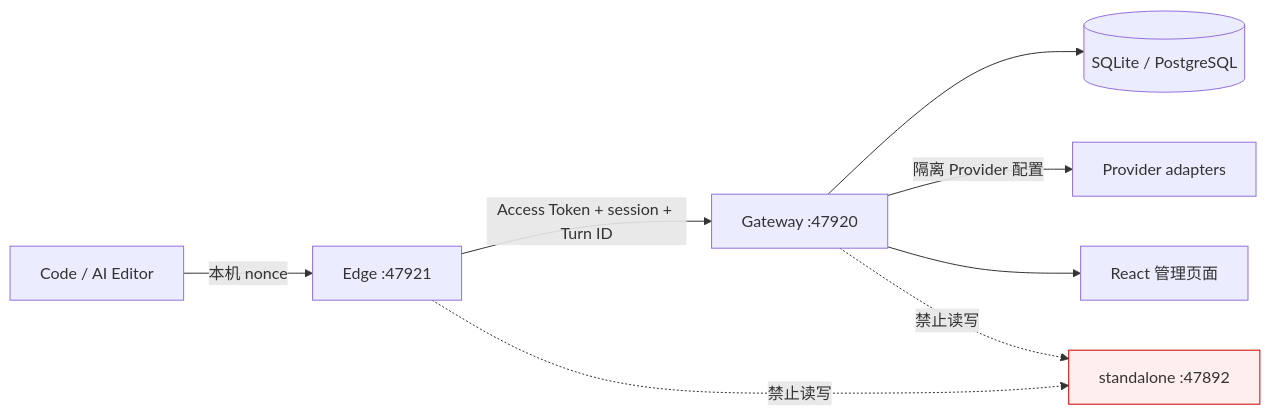
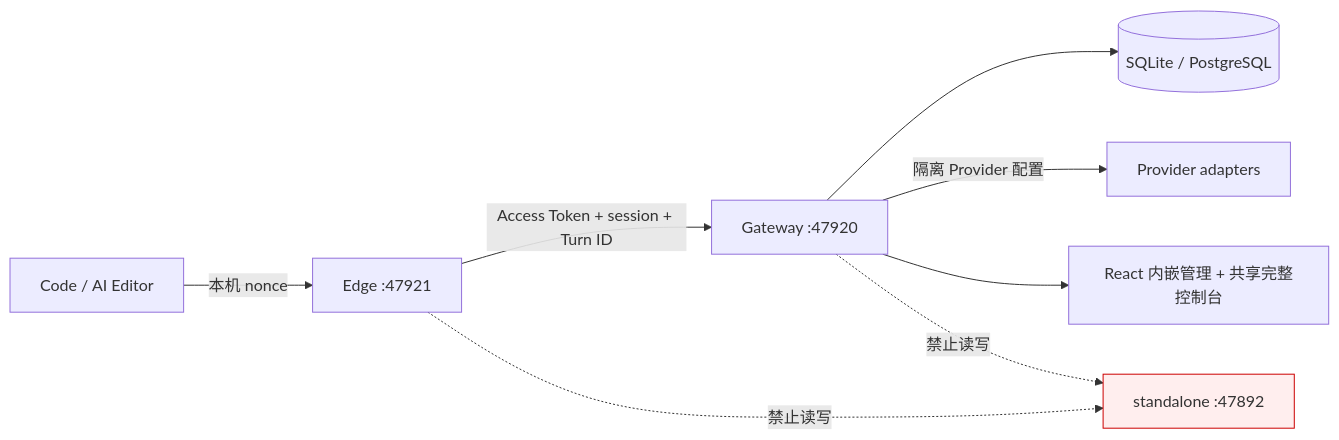
The first of 3 diagrams in ARCHITECTURE.md (OscarYi9527/codex_proxy), drawn with Mermaid before and after one commit. The commit also changed other lines of this file and 23 other files, not shown here.

````diff
--- a/ARCHITECTURE.md
+++ b/ARCHITECTURE.md
@@ -27,12 +27,12 @@
 ```mermaid
 flowchart LR
     Code[Code / AI Editor] -->|本机 nonce| Edge[Edge :47921]
     Edge -->|Access Token + session + Turn ID| Gateway[Gateway :47920]
     Gateway --> DB[(SQLite / PostgreSQL)]
     Gateway -->|隔离 Provider 配置| Provider[Provider adapters]
-    Gateway --> Admin[React 管理页面]
+    Gateway --> Admin[React 内嵌管理 + 共享完整控制台]
     Shared[standalone :47892]:::protected
     Edge -. 禁止读写 .-> Shared
     Gateway -. 禁止读写 .-> Shared
     classDef protected fill:#fee,stroke:#c00
 ```
````
